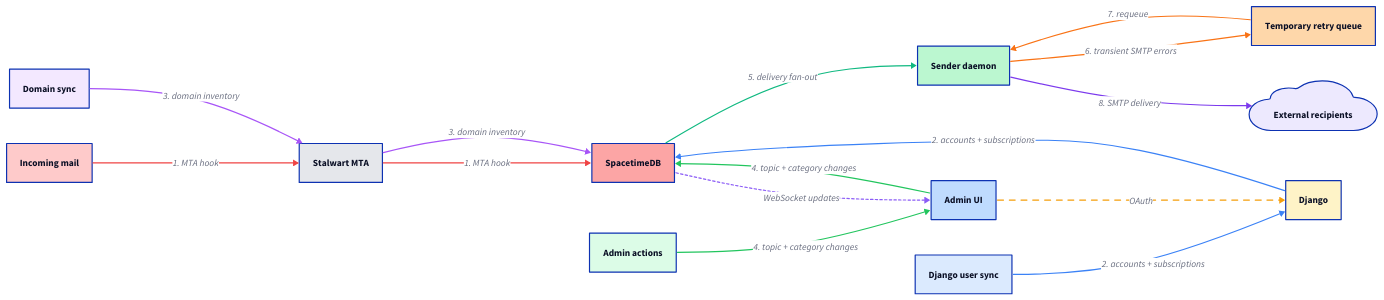
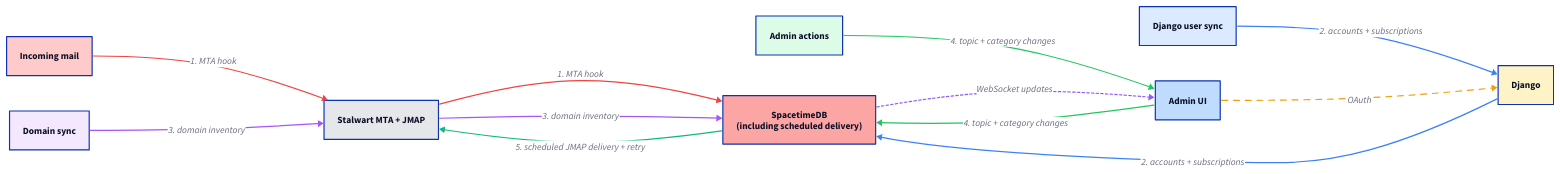
Before and after one commit to enaut/kommunikationszentrum: the diagram in docs/src/core/architecture-data-flow.d2, drawn with D2. The commit also changed 247 other files, not shown here.

Commit message:
remove the old sender daemon and update docs

```diff
--- a/docs/src/core/architecture-data-flow.d2
+++ b/docs/src/core/architecture-data-flow.d2
@@ -1,25 +1,19 @@
 direction: right
 
 incoming_email: "Incoming mail" { style.fill: "#fecaca" }
 user_sync: "Django user sync" { style.fill: "#dbeafe" }
 admin_actions: "Admin actions" { style.fill: "#dcfce7" }
 domain_sync: "Domain sync" { style.fill: "#f3e8ff" }
 
-stalwart_mta: "Stalwart MTA" { style.fill: "#e5e7eb" }
-spacetimedb: "SpacetimeDB" { style.fill: "#fca5a5" }
+stalwart_mta: "Stalwart MTA + JMAP" { style.fill: "#e5e7eb" }
+spacetimedb: "SpacetimeDB\n(including scheduled delivery)" { style.fill: "#fca5a5" }
 admin_ui: "Admin UI" { style.fill: "#bfdbfe" }
 django: "Django" { style.fill: "#fef3c7" }
-sender: "Sender daemon" { style.fill: "#bbf7d0" }
-retry_queue: "Temporary retry queue" { style.fill: "#fed7aa" }
-external_recipients: "External recipients" { shape: cloud; style.fill: "#ede9fe" }
 
 incoming_email -> stalwart_mta -> spacetimedb: "1. MTA hook" { style.stroke: "#ef4444" }
 user_sync -> django -> spacetimedb: "2. accounts + subscriptions" { style.stroke: "#3b82f6" }
 domain_sync -> stalwart_mta -> spacetimedb: "3. domain inventory" { style.stroke: "#a855f7" }
 admin_actions -> admin_ui -> spacetimedb: "4. topic + category changes" { style.stroke: "#22c55e" }
 admin_ui -> django: "OAuth" { style.stroke: "#f59e0b"; style.stroke-dash: 5 }
-spacetimedb -> sender: "5. delivery fan-out" { style.stroke: "#10b981" }
-sender -> retry_queue: "6. transient SMTP errors" { style.stroke: "#f97316" }
-retry_queue -> sender: "7. requeue" { style.stroke: "#f97316" }
-sender -> external_recipients: "8. SMTP delivery" { style.stroke: "#7c3aed" }
+spacetimedb -> stalwart_mta: "5. scheduled JMAP delivery + retry" { style.stroke: "#10b981" }
 spacetimedb -> admin_ui: "WebSocket updates" { style.stroke: "#8b5cf6"; style.stroke-dash: 2 }
```
